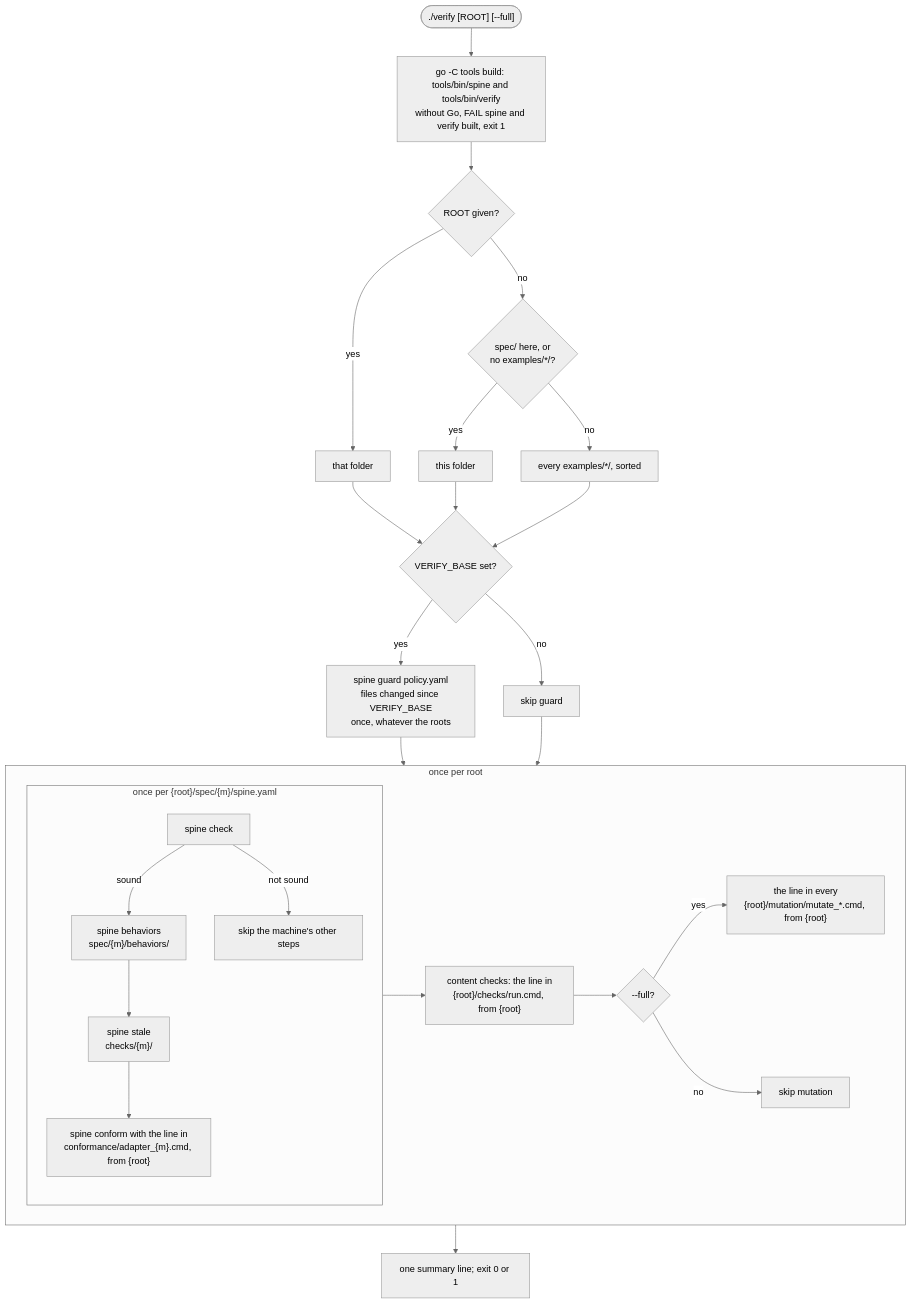
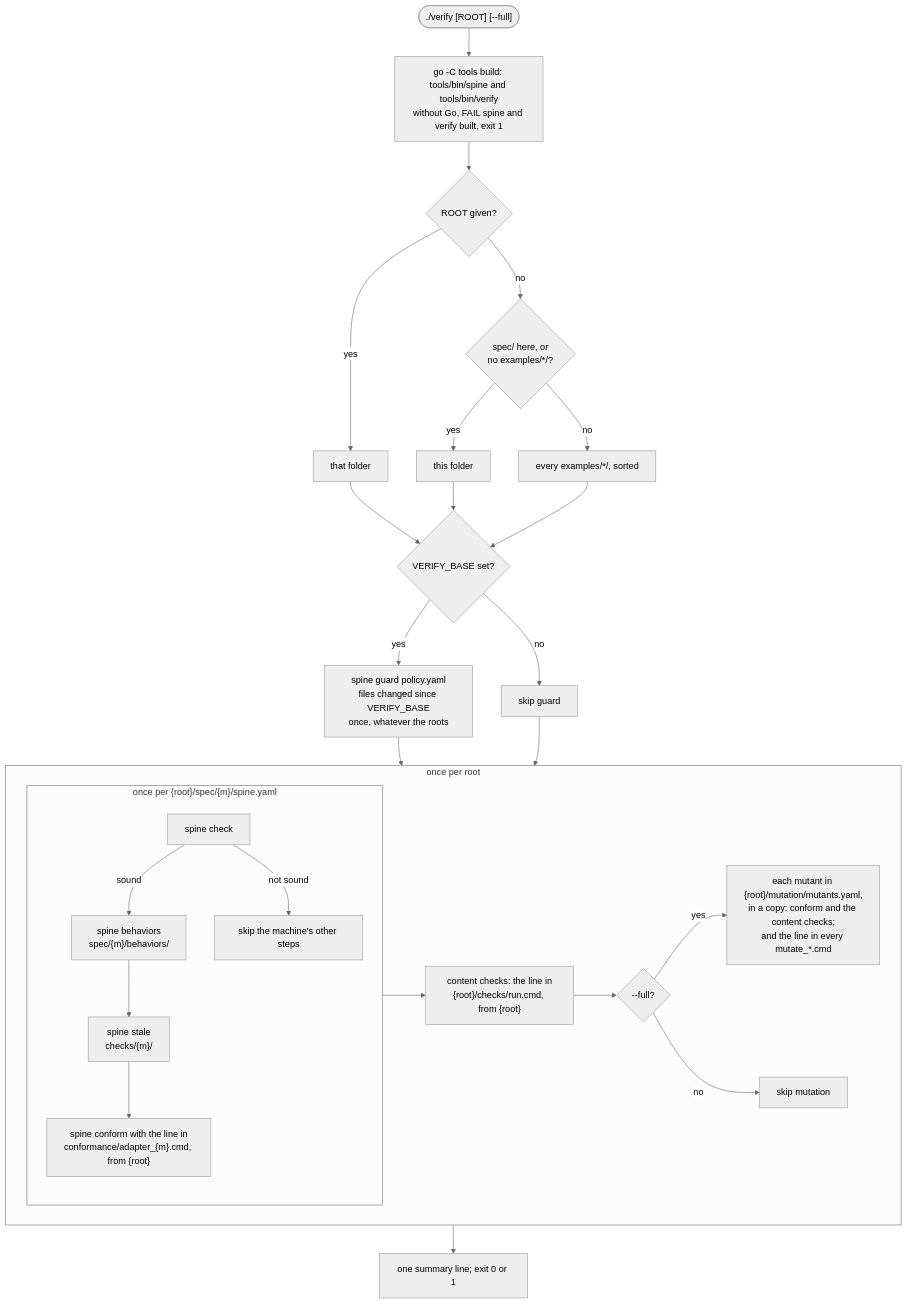
Before and after one commit to 23min/verifier-kit: the second of 7 diagrams in docs/architecture.md, drawn with Mermaid (neutral theme). The commit also changed other lines of this file and 23 other files, not shown here.

First line of the commit message:
feat(verify): make the mutants listed in mutation/mutants.yaml, so no example writes its own mutation loop

````diff
--- a/docs/architecture.md
+++ b/docs/architecture.md
@@ -58,29 +56,29 @@
 ```mermaid
 flowchart TD
   start(["./verify [ROOT] [--full]"]) --> build
   build["go -C tools build: tools/bin/spine and tools/bin/verify<br/>without Go, FAIL spine and verify built, exit 1"] --> roots
   roots{"ROOT given?"} -- yes --> one["that folder"]
   roots -- no --> has{"spec/ here, or<br/>no examples/*/?"}
   has -- yes --> here["this folder"]
   has -- no --> each["every examples/*/, sorted"]
   one --> g
   here --> g
   each --> g
   g{"VERIFY_BASE set?"} -- yes --> guard["spine guard policy.yaml<br/>files changed since VERIFY_BASE<br/>once, whatever the roots"]
   g -- no --> skipg["skip guard"]
   guard --> rootloop
   skipg --> rootloop
   subgraph rootloop["once per root"]
     subgraph loop["once per {root}/spec/{m}/spine.yaml"]
       check["spine check"] -- sound --> beh["spine behaviors<br/>spec/{m}/behaviors/"]
       check -- not sound --> skipm["skip the machine's other steps"]
       beh --> stale["spine stale<br/>checks/{m}/"]
       stale --> conf["spine conform with the line in<br/>conformance/adapter_{m}.cmd, from {root}"]
     end
     loop --> content["content checks: the line in<br/>{root}/checks/run.cmd, from {root}"]
     content --> f{"--full?"}
-    f -- yes --> mut["the line in every<br/>{root}/mutation/mutate_*.cmd, from {root}"]
+    f -- yes --> mut["each mutant in {root}/mutation/mutants.yaml,<br/>in a copy: conform and the content checks;<br/>and the line in every mutate_*.cmd"]
     f -- no --> skipmut["skip mutation"]
   end
   rootloop --> sum["one summary line; exit 0 or 1"]
 ```
````
